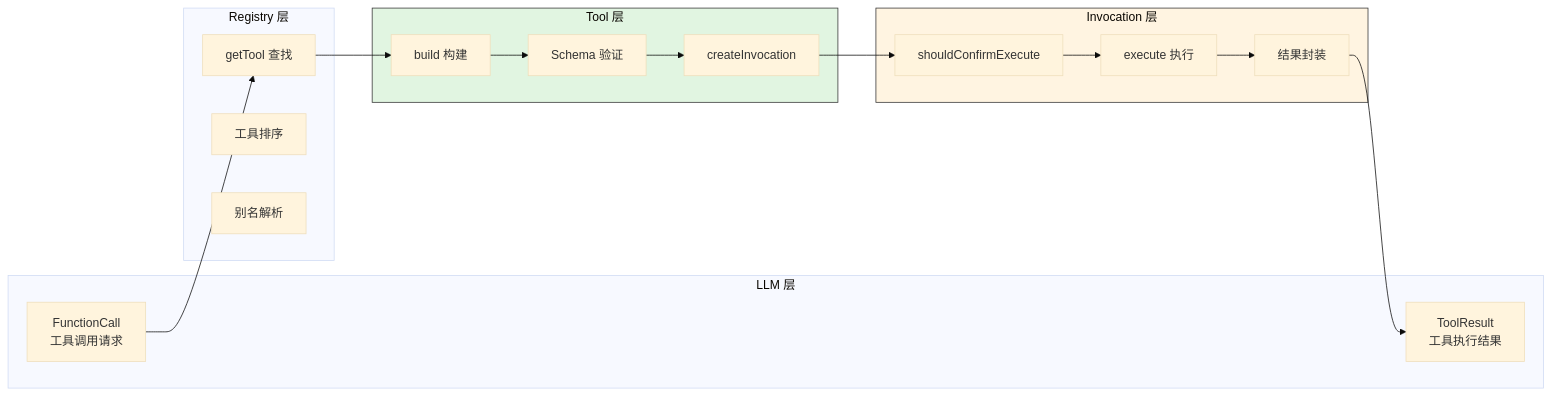
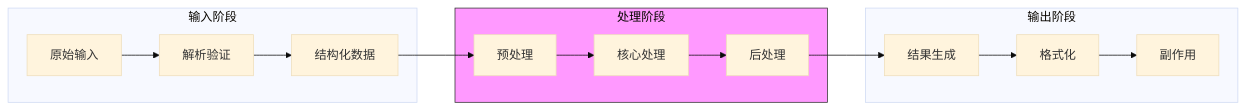
Before and after one commit to giraffe-tree/agent-base: diagram 11 of 13 in docs/gemini-cli/05-gemini-cli-tools-system.md, drawn with Mermaid (base theme). The commit also changed other lines of this file and 155 other files, not shown here.

````diff
--- a/docs/gemini-cli/05-gemini-cli-tools-system.md
+++ b/docs/gemini-cli/05-gemini-cli-tools-system.md
@@ -446,35 +519,22 @@
 ```mermaid
 flowchart LR
-    subgraph LLM["LLM 层"]
-        L1[FunctionCall<br/>工具调用请求]
-        L2[ToolResult<br/>工具执行结果]
+    subgraph Input["输入阶段"]
+        I1[原始输入] --> I2[解析验证]
+        I2 --> I3[结构化数据]
     end
 
-    subgraph Registry["Registry 层"]
-        R1[getTool 查找]
-        R2[工具排序]
-        R3[别名解析]
+    subgraph Process["处理阶段"]
+        P1[预处理] --> P2[核心处理]
+        P2 --> P3[后处理]
     end
 
-    subgraph Tool["Tool 层"]
-        T1[build 构建]
-        T2[Schema 验证]
-        T3[createInvocation]
+    subgraph Output["输出阶段"]
+        O1[结果生成] --> O2[格式化]
+        O2 --> O3[副作用]
     end
 
-    subgraph Invocation["Invocation 层"]
-        I1[shouldConfirmExecute]
-        I2[execute 执行]
-        I3[结果封装]
-    end
+    I3 --> P1
+    P3 --> O1
 
-    L1 --> R1
-    R1 --> T1
-    T1 --> T2 --> T3
-    T3 --> I1
-    I1 --> I2 --> I3
-    I3 --> L2
-
-    style Tool fill:#e1f5e1,stroke:#333
-    style Invocation fill:#fff4e1,stroke:#333
+    style Process fill:#f9f,stroke:#333
 ```
````
